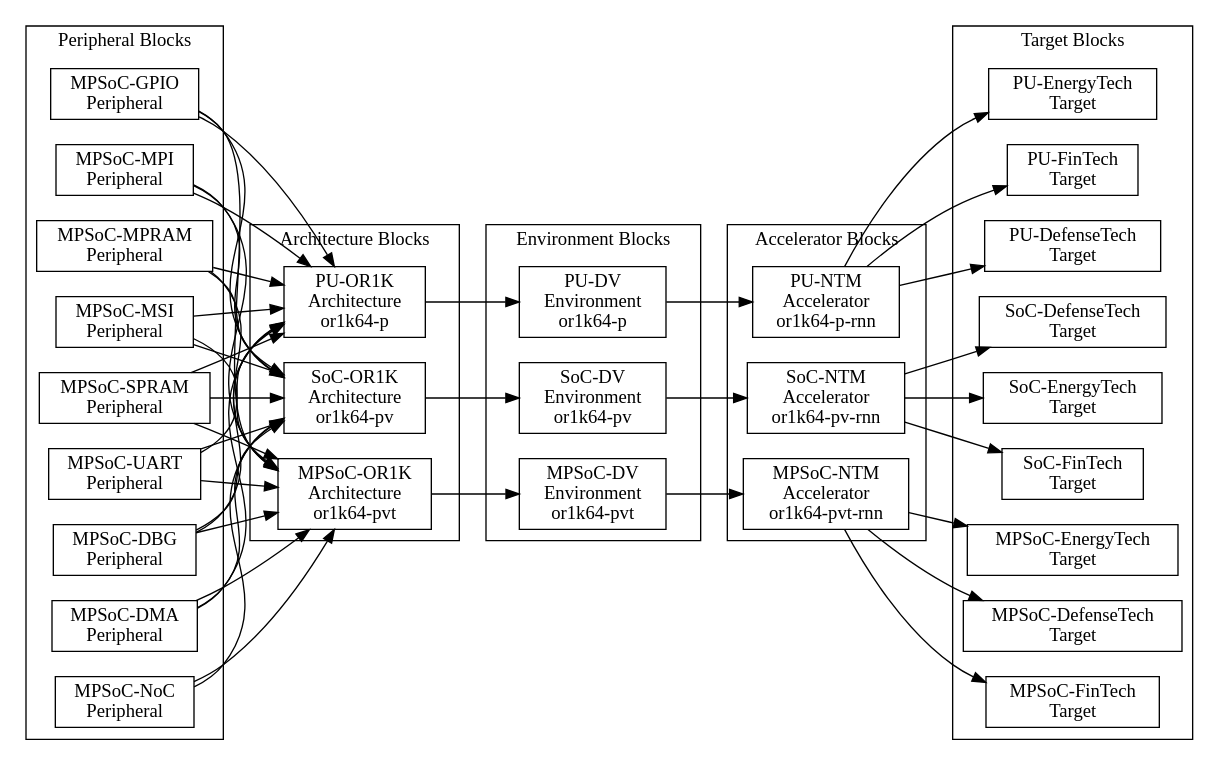
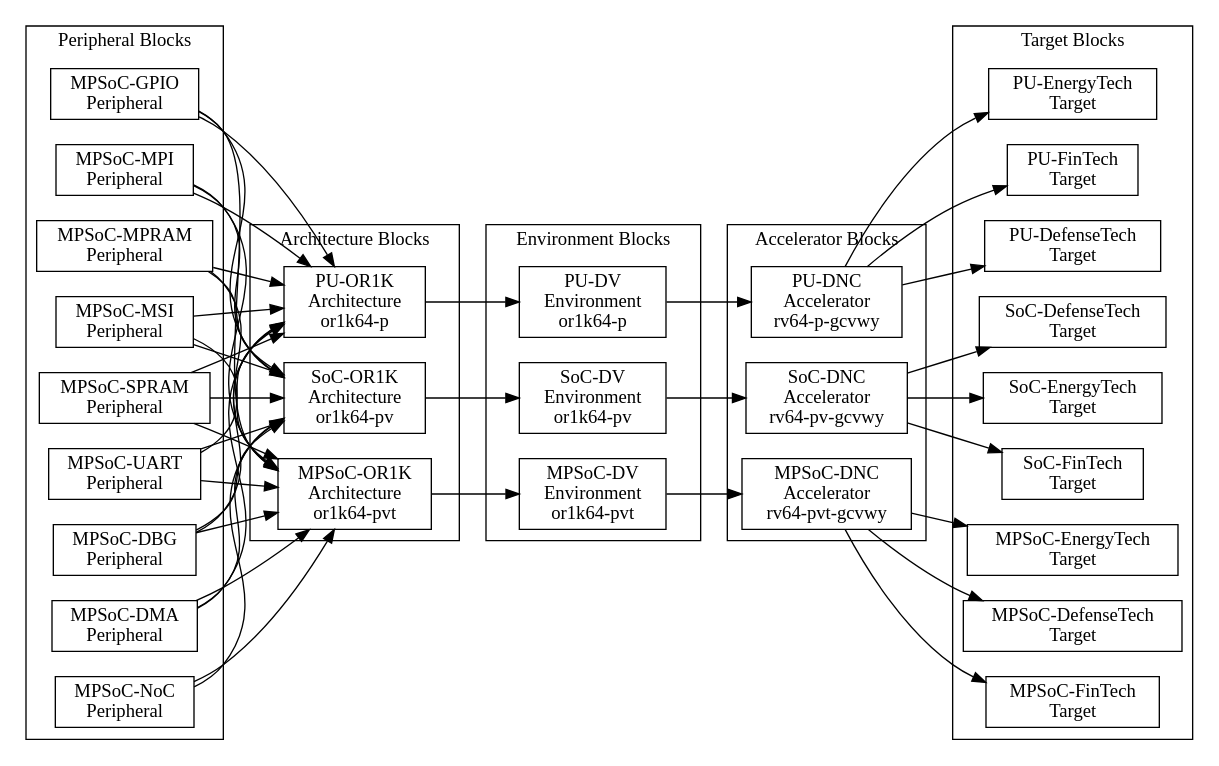
The diagram in doc/isa/or1k/assets/dependences-global.dot (PacoReinaCampo/MPSoC-NTM), drawn with Graphviz before and after one commit. The commit also changed 241 other files, not shown here.

Commit message:
Working in MPSoC-NTM 🦀

```diff
--- a/doc/isa/or1k/assets/dependences-global.dot
+++ b/doc/isa/or1k/assets/dependences-global.dot
@@ -1,117 +1,117 @@
 digraph Project {
   // Introduction
   graph [rankdir = LR];
   node[shape=record];
 
   // Peripheral Blocks
   subgraph "cluster PeripheralBlocks" { label = "Peripheral Blocks";
     MPSoC_DBG[label="MPSoC-DBG\nPeripheral"];
     MPSoC_DMA[label="MPSoC-DMA\nPeripheral"];
     MPSoC_GPIO[label="MPSoC-GPIO\nPeripheral"];
     MPSoC_MPI[label="MPSoC-MPI\nPeripheral"];
     MPSoC_MPRAM[label="MPSoC-MPRAM\nPeripheral"];
     MPSoC_MSI[label="MPSoC-MSI\nPeripheral"];
     MPSoC_NoC[label="MPSoC-NoC\nPeripheral"];
     MPSoC_SPRAM[label="MPSoC-SPRAM\nPeripheral"];
     MPSoC_UART[label="MPSoC-UART\nPeripheral"];
   }
 
   // Architecture Blocks
   subgraph "cluster ArchitectureBlocks" { label = "Architecture Blocks";
     MPSoC_OR1K[label="MPSoC-OR1K\nArchitecture\nor1k64-pvt"];
     SoC_OR1K[label="SoC-OR1K\nArchitecture\nor1k64-pv"];
     PU_OR1K[label="PU-OR1K\nArchitecture\nor1k64-p"];
   }
 
   // Environment Blocks
   subgraph "cluster EnvironmentBlocks" { label = "Environment Blocks";
     MPSoC_DV[label="MPSoC-DV\nEnvironment\nor1k64-pvt"];
     SoC_DV[label="SoC-DV\nEnvironment\nor1k64-pv"];
     PU_DV[label="PU-DV\nEnvironment\nor1k64-p"];
   }
 
   // Accelerator Blocks
   subgraph "cluster AcceleratorBlocks" { label = "Accelerator Blocks";
-    MPSoC_NTM[label="MPSoC-NTM\nAccelerator\nor1k64-pvt-rnn"];
-    SoC_NTM[label="SoC-NTM\nAccelerator\nor1k64-pv-rnn"];
-    PU_NTM[label="PU-NTM\nAccelerator\nor1k64-p-rnn"];
+    MPSoC_DNC[label="MPSoC-DNC\nAccelerator\nrv64-pvt-gcvwy"];
+    SoC_DNC[label="SoC-DNC\nAccelerator\nrv64-pv-gcvwy"];
+    PU_DNC[label="PU-DNC\nAccelerator\nrv64-p-gcvwy"];
   }
 
   // Target Blocks
   subgraph "cluster TargetBlocks" { label = "Target Blocks";
     MPSoC_EnergyTech[label="MPSoC-EnergyTech\nTarget"];
     SoC_EnergyTech[label="SoC-EnergyTech\nTarget"];
     PU_EnergyTech[label="PU-EnergyTech\nTarget"];
 
     MPSoC_FinTech[label="MPSoC-FinTech\nTarget"];
     SoC_FinTech[label="SoC-FinTech\nTarget"];
     PU_FinTech[label="PU-FinTech\nTarget"];
 
     MPSoC_DefenseTech[label="MPSoC-DefenseTech\nTarget"];
     SoC_DefenseTech[label="SoC-DefenseTech\nTarget"];
     PU_DefenseTech[label="PU-DefenseTech\nTarget"];
   }
 
   // Peripheral -> Architecture
   MPSoC_DBG -> MPSoC_OR1K;
   MPSoC_DMA -> MPSoC_OR1K;
   MPSoC_GPIO -> MPSoC_OR1K;
   MPSoC_MPI -> MPSoC_OR1K;
   MPSoC_MPRAM -> MPSoC_OR1K;
   MPSoC_MSI -> MPSoC_OR1K;
   MPSoC_NoC -> MPSoC_OR1K;
   MPSoC_SPRAM -> MPSoC_OR1K;
   MPSoC_UART -> MPSoC_OR1K;
 
   MPSoC_DBG -> SoC_OR1K;
   MPSoC_DMA -> SoC_OR1K;
   MPSoC_GPIO -> SoC_OR1K;
   MPSoC_MPI -> SoC_OR1K;
   MPSoC_MPRAM -> SoC_OR1K;
   MPSoC_MSI -> SoC_OR1K;
   MPSoC_NoC -> SoC_OR1K;
   MPSoC_SPRAM -> SoC_OR1K;
   MPSoC_UART -> SoC_OR1K;
 
   MPSoC_DBG -> PU_OR1K;
   MPSoC_DMA -> PU_OR1K;
   MPSoC_GPIO -> PU_OR1K;
   MPSoC_MPI -> PU_OR1K;
   MPSoC_MPRAM -> PU_OR1K;
   MPSoC_MSI -> PU_OR1K;
   MPSoC_SPRAM -> PU_OR1K;
   MPSoC_UART -> PU_OR1K;
 
   // Architecture -> Environment
   PU_OR1K -> PU_DV;
 
   SoC_OR1K -> SoC_DV;
 
   MPSoC_OR1K -> MPSoC_DV;
 
   // Environment -> Accelerator
-  PU_DV -> PU_NTM;
+  PU_DV -> PU_DNC;
 
-  SoC_DV -> SoC_NTM;
+  SoC_DV -> SoC_DNC;
 
-  MPSoC_DV -> MPSoC_NTM;
+  MPSoC_DV -> MPSoC_DNC;
 
   // Accelerator -> Target
-  PU_NTM -> PU_EnergyTech;
+  PU_DNC -> PU_EnergyTech;
 
-  SoC_NTM -> SoC_EnergyTech;
+  SoC_DNC -> SoC_EnergyTech;
 
-  MPSoC_NTM -> MPSoC_EnergyTech;
+  MPSoC_DNC -> MPSoC_EnergyTech;
 
-  PU_NTM -> PU_FinTech;
+  PU_DNC -> PU_FinTech;
 
-  SoC_NTM -> SoC_FinTech;
+  SoC_DNC -> SoC_FinTech;
 
-  MPSoC_NTM -> MPSoC_FinTech;
+  MPSoC_DNC -> MPSoC_FinTech;
 
-  PU_NTM -> PU_DefenseTech;
+  PU_DNC -> PU_DefenseTech;
 
-  SoC_NTM -> SoC_DefenseTech;
+  SoC_DNC -> SoC_DefenseTech;
 
-  MPSoC_NTM -> MPSoC_DefenseTech;
+  MPSoC_DNC -> MPSoC_DefenseTech;
 }
```
